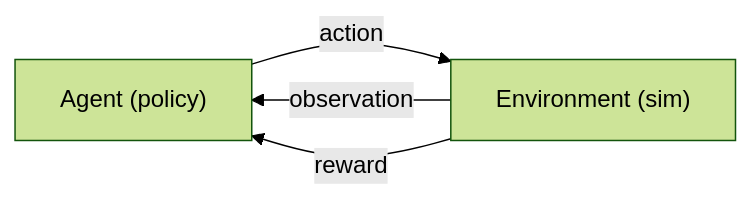
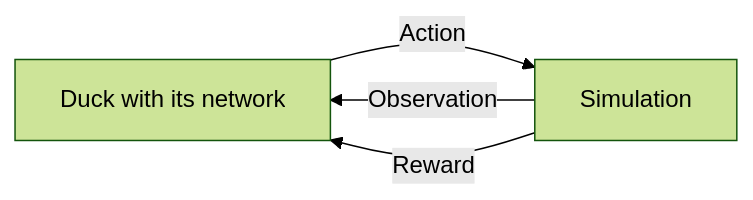
The second of 4 diagrams in kern/docs/book-green/A-neural-networks.md (ChristianHohlfeld/kernengine.de), drawn with Mermaid (forest theme) before and after one commit. The commit also changed other lines of this file and 22 other files, not shown here.

````diff
--- a/kern/docs/book-green/A-neural-networks.md
+++ b/kern/docs/book-green/A-neural-networks.md
@@ -344,6 +425,7 @@
 ```mermaid
+%% Caption: The cycle in learning through reward
 flowchart LR
-  Agent["Agent (policy)"] -->|"action"| Welt["Environment (sim)"]
-  Welt -->|"observation"| Agent
-  Welt -->|"reward"| Agent
+  Agent["Duck with its network"] -->|"Action"| Welt["Simulation"]
+  Welt -->|"Observation"| Agent
+  Welt -->|"Reward"| Agent
 ```
````
